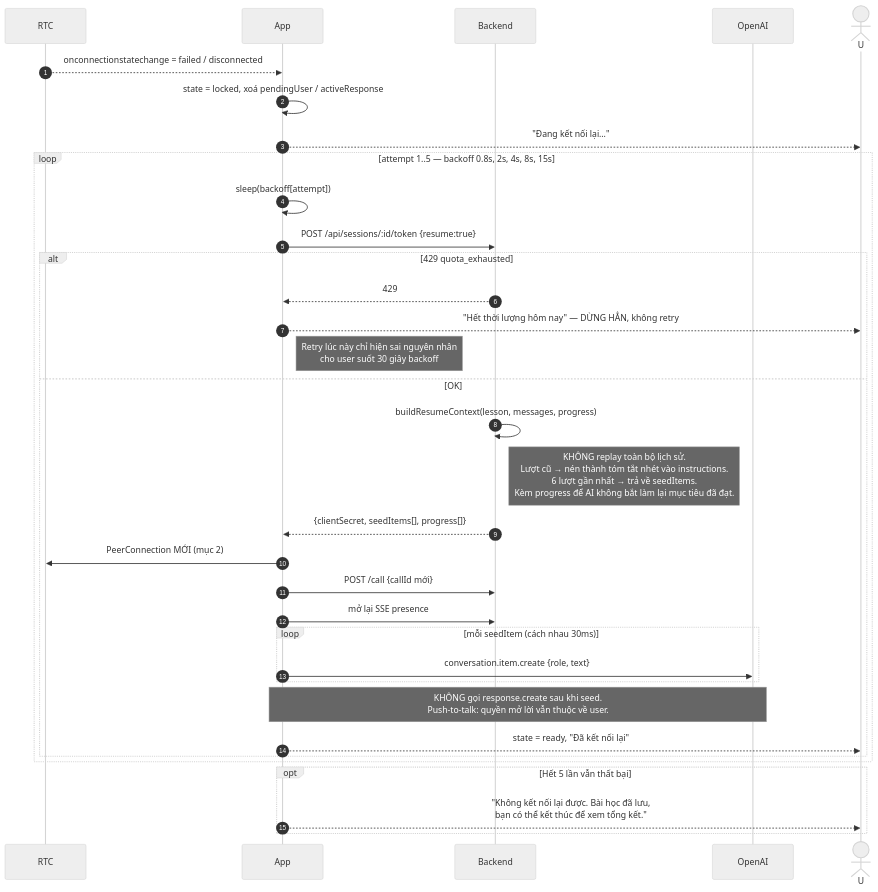
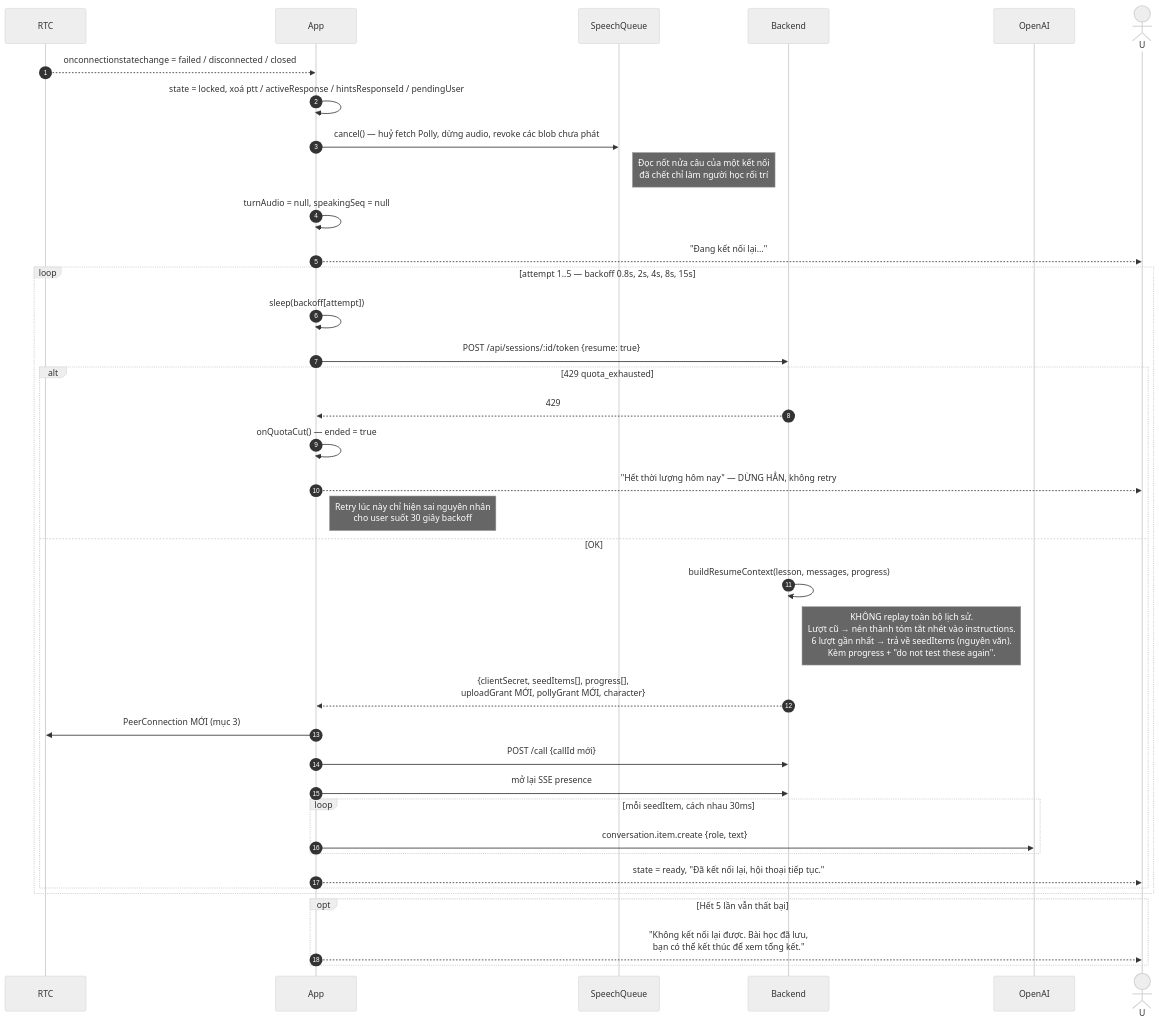
Diagram 12 of 17 in docs/ai-talk-flow.md (buingocthanh239/ai-talk-webrtc), drawn with Mermaid (neutral theme) before and after one commit. The commit also changed other lines of this file and 3 other files, not shown here.

````diff
--- a/docs/ai-talk-flow.md
+++ b/docs/ai-talk-flow.md
@@ -360,40 +663,44 @@
 ```mermaid
 sequenceDiagram
     autonumber
     participant RTC
     participant App
+    participant TTS as SpeechQueue
     participant BE as Backend
     participant OAI as OpenAI
     actor U
 
-    RTC-->>App: onconnectionstatechange = failed / disconnected
-    App->>App: state = locked, xoá pendingUser / activeResponse
+    RTC-->>App: onconnectionstatechange = failed / disconnected / closed
+    App->>App: state = locked, xoá ptt / activeResponse / hintsResponseId / pendingUser
+    App->>TTS: cancel() — huỷ fetch Polly, dừng audio, revoke các blob chưa phát
+    Note right of TTS: Đọc nốt nửa câu của một kết nối<br/>đã chết chỉ làm người học rối trí
+    App->>App: turnAudio = null, speakingSeq = null
     App-->>U: "Đang kết nối lại…"
 
     loop attempt 1..5 — backoff 0.8s, 2s, 4s, 8s, 15s
         App->>App: sleep(backoff[attempt])
-        App->>BE: POST /api/sessions/:id/token {resume:true}
+        App->>BE: POST /api/sessions/:id/token {resume: true}
 
         alt 429 quota_exhausted
             BE-->>App: 429
+            App->>App: onQuotaCut() — ended = true
             App-->>U: "Hết thời lượng hôm nay" — DỪNG HẲN, không retry
             Note right of App: Retry lúc này chỉ hiện sai nguyên nhân<br/>cho user suốt 30 giây backoff
         else OK
             BE->>BE: buildResumeContext(lesson, messages, progress)
-            Note right of BE: KHÔNG replay toàn bộ lịch sử.<br/>Lượt cũ → nén thành tóm tắt nhét vào instructions.<br/>6 lượt gần nhất → trả về seedItems.<br/>Kèm progress để AI không bắt làm lại mục tiêu đã đạt.
-            BE-->>App: {clientSecret, seedItems[], progress[]}
-            App->>RTC: PeerConnection MỚI (mục 2)
+            Note right of BE: KHÔNG replay toàn bộ lịch sử.<br/>Lượt cũ → nén thành tóm tắt nhét vào instructions.<br/>6 lượt gần nhất → trả về seedItems (nguyên văn).<br/>Kèm progress + "do not test these again".
+            BE-->>App: {clientSecret, seedItems[], progress[],<br/>uploadGrant MỚI, pollyGrant MỚI, character}
+            App->>RTC: PeerConnection MỚI (mục 3)
             App->>BE: POST /call {callId mới}
             App->>BE: mở lại SSE presence
-            loop mỗi seedItem (cách nhau 30ms)
+            loop mỗi seedItem, cách nhau 30ms
                 App->>OAI: conversation.item.create {role, text}
             end
-            Note over App,OAI: KHÔNG gọi response.create sau khi seed.<br/>Push-to-talk: quyền mở lời vẫn thuộc về user.
-            App-->>U: state = ready, "Đã kết nối lại"
+            App-->>U: state = ready, "Đã kết nối lại, hội thoại tiếp tục."
         end
     end
 
     opt Hết 5 lần vẫn thất bại
         App-->>U: "Không kết nối lại được. Bài học đã lưu,<br/>bạn có thể kết thúc để xem tổng kết."
     end
 ```
````
